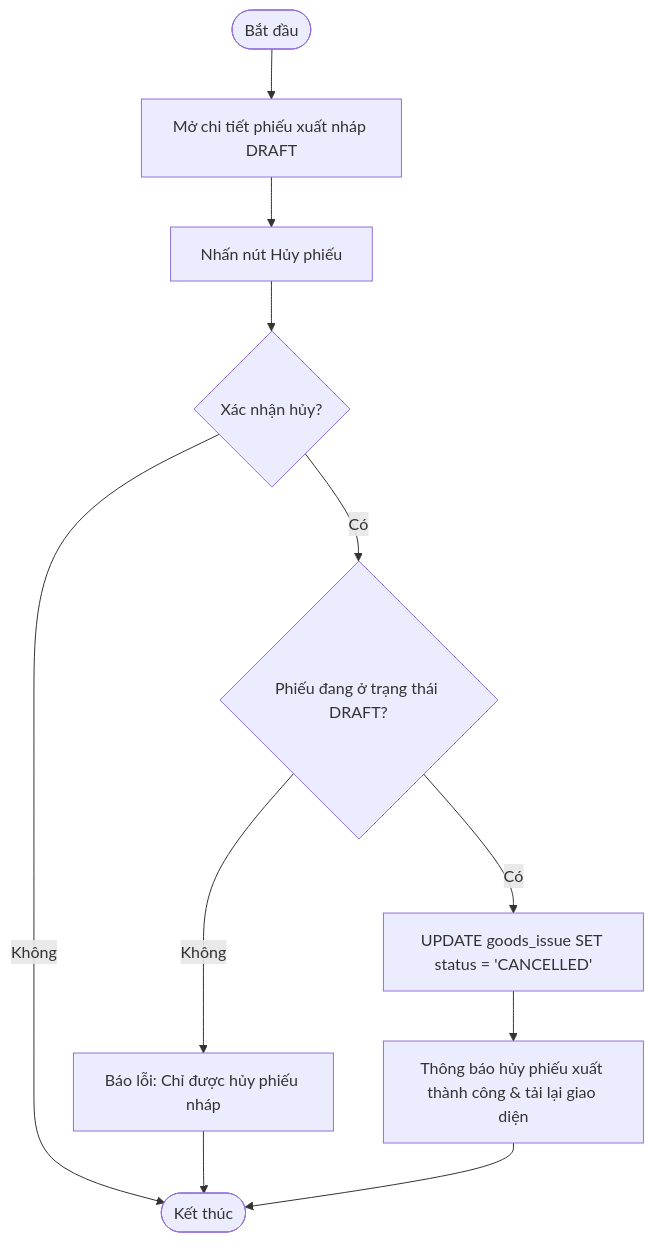
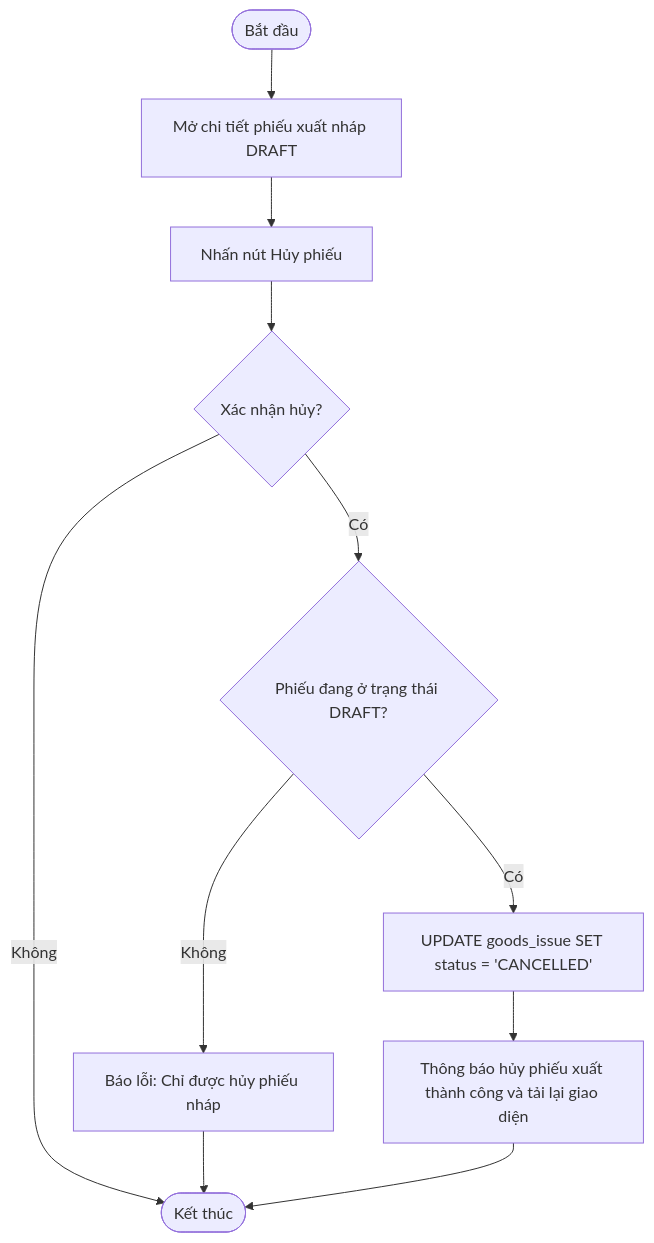
Before and after one commit to ngocuyenle15/PIS-CNPM: diagram 27 of 32 in a.md, drawn with Mermaid. The commit also changed other lines of this file, not shown here.

````diff
--- a/a.md
+++ b/a.md
@@ -392,11 +392,11 @@
 ```mermaid
 flowchart TD
     Start([Bắt đầu]) --> OpenDraft[Mở chi tiết phiếu xuất nháp DRAFT]
     OpenDraft --> ClickCancel[Nhấn nút Hủy phiếu]
     ClickCancel --> ConfirmDialog{Xác nhận hủy?}
     ConfirmDialog -- Không --> End([Kết thúc])
     ConfirmDialog -- Có --> StateCheck{Phiếu đang ở trạng thái DRAFT?}
     StateCheck -- Không --> Error[Báo lỗi: Chỉ được hủy phiếu nháp] --> End
     StateCheck -- Có --> UpdateState[UPDATE goods_issue SET status = 'CANCELLED']
-    UpdateState --> ShowSuccess[Thông báo hủy phiếu xuất thành công & tải lại giao diện] --> End
+    UpdateState --> ShowSuccess[Thông báo hủy phiếu xuất thành công và tải lại giao diện] --> End
 ```
````
